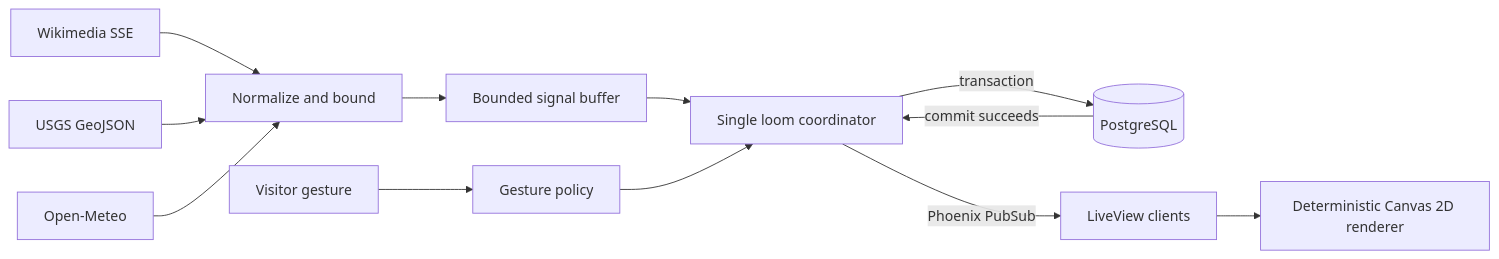
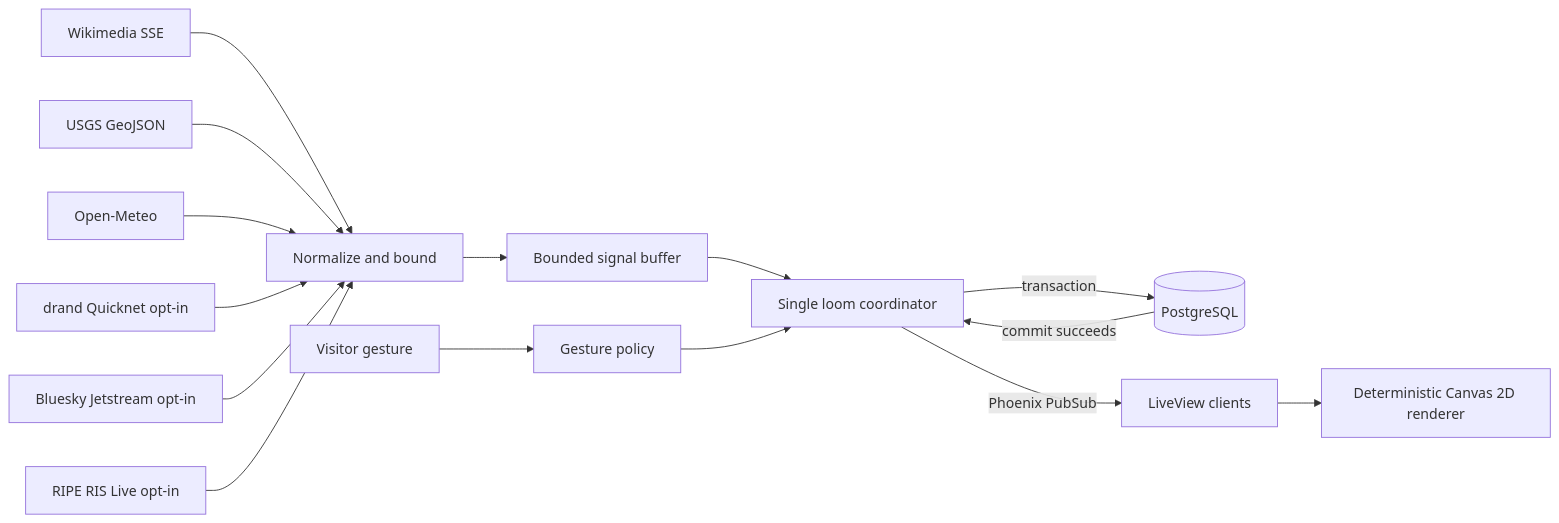
The diagram in README.md (romankhadka/worldloom), drawn with Mermaid before and after one commit. The commit also changed other lines of this file and 4 other files, not shown here.

````diff
--- a/README.md
+++ b/README.md
@@ -29,14 +35,17 @@
 ```mermaid
 flowchart LR
   W[Wikimedia SSE] --> N[Normalize and bound]
   U[USGS GeoJSON] --> N
   M[Open-Meteo] --> N
+  DQ[drand Quicknet opt-in] --> N
+  BJ[Bluesky Jetstream opt-in] --> N
+  RR[RIPE RIS Live opt-in] --> N
   V[Visitor gesture] --> P[Gesture policy]
-  N --> B[Bounded signal buffer]
-  B --> C[Single loom coordinator]
+  N --> BUF[Bounded signal buffer]
+  BUF --> C[Single loom coordinator]
   P --> C
   C -->|transaction| D[(PostgreSQL)]
   D -->|commit succeeds| C
   C -->|Phoenix PubSub| L[LiveView clients]
   L --> R[Deterministic Canvas 2D renderer]
 ```
````
